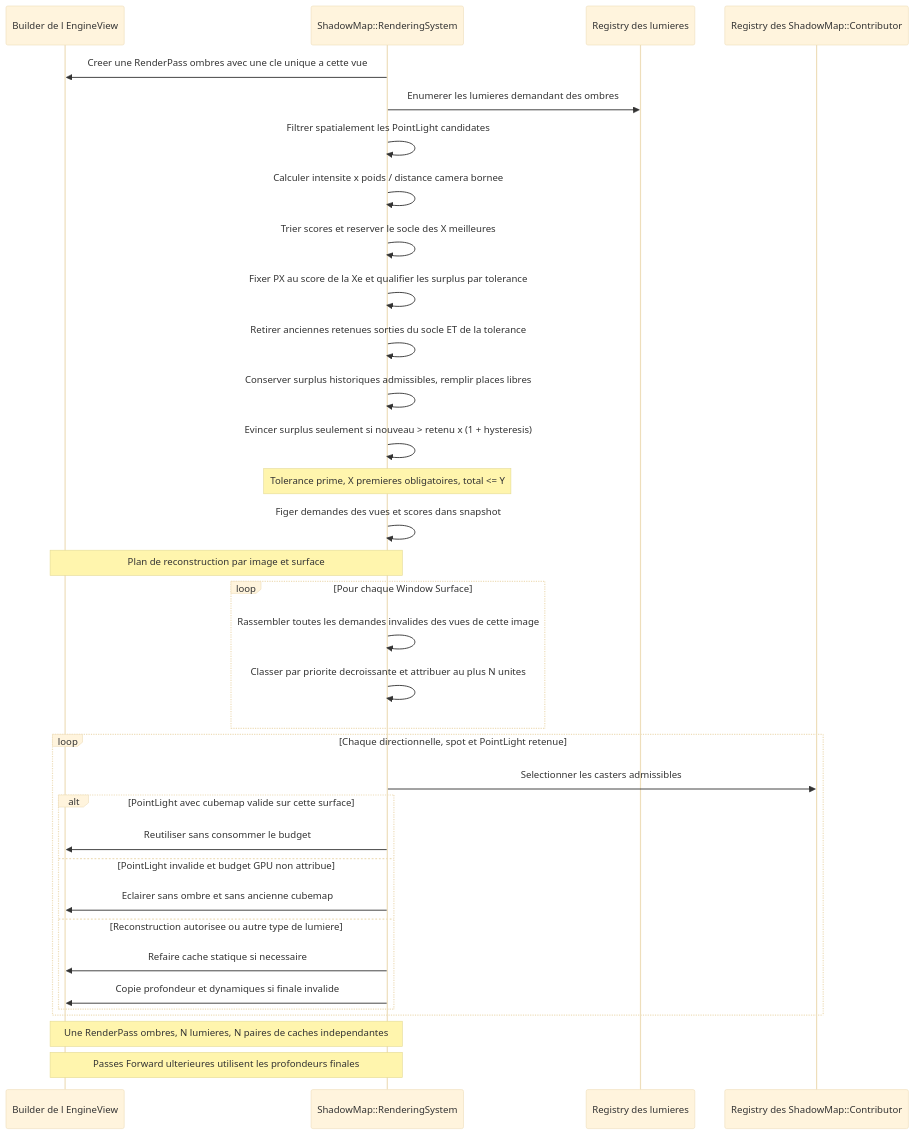
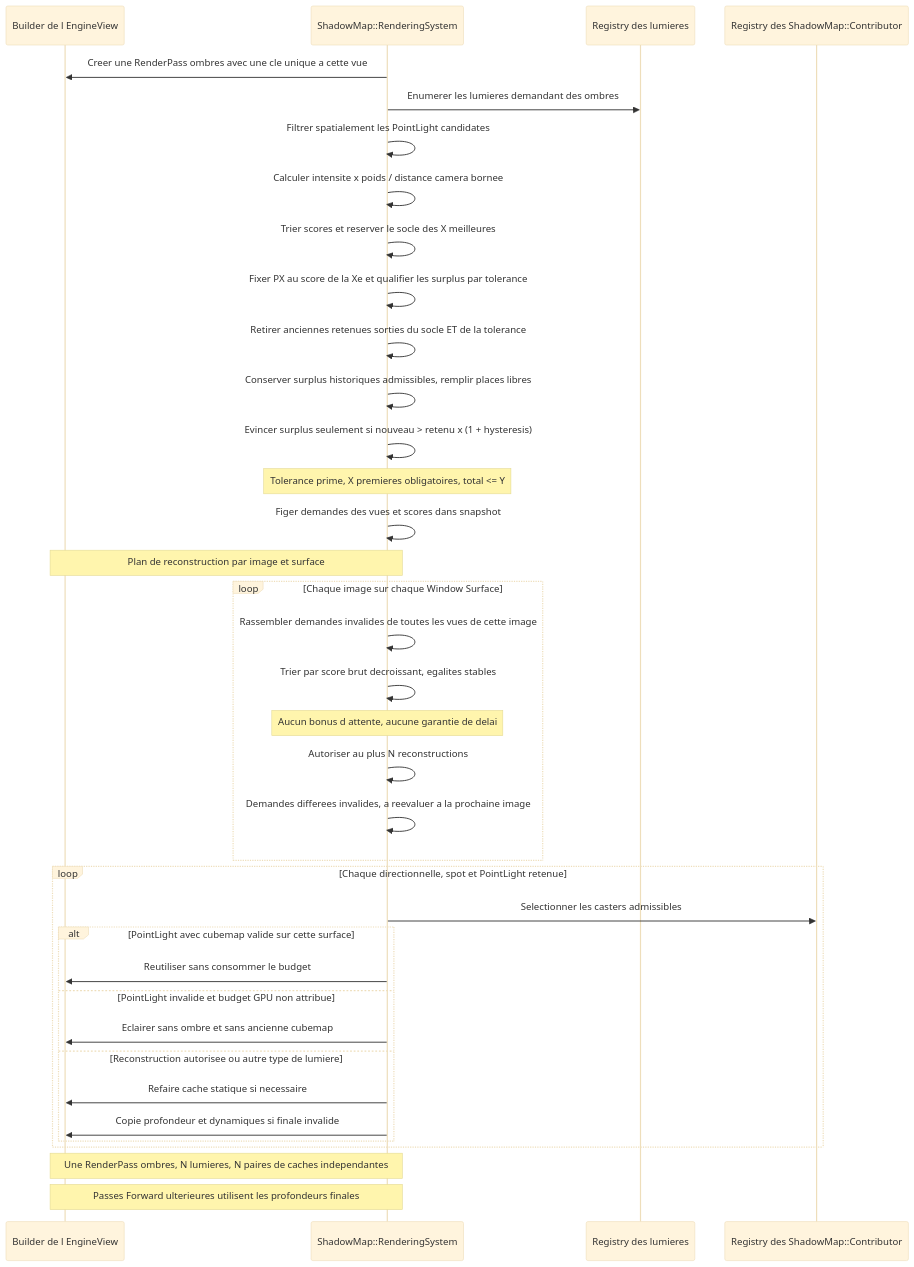
Before and after one commit to EreliaStudio/Sparkle: the sixth of 18 diagrams in docs/voxel-engine-v0.1.4-specification.md, drawn with Mermaid (base theme). The commit also changed other lines of this file, not shown here.

Commit message:
docs(v0.1.4): enforce strict unaged shadow-rebuild priority across views per surface and image

````diff
--- a/docs/voxel-engine-v0.1.4-specification.md
+++ b/docs/voxel-engine-v0.1.4-specification.md
@@ -601,36 +601,39 @@
 ```mermaid
 sequenceDiagram
     participant V as Builder de l EngineView
     participant S as ShadowMap::RenderingSystem
     participant L as Registry des lumieres
     participant C as Registry des ShadowMap::Contributor
     S->>V: Creer une RenderPass ombres avec une cle unique a cette vue
     S->>L: Enumerer les lumieres demandant des ombres
     S->>S: Filtrer spatialement les PointLight candidates
     S->>S: Calculer intensite x poids / distance camera bornee
     S->>S: Trier scores et reserver le socle des X meilleures
     S->>S: Fixer PX au score de la Xe et qualifier les surplus par tolerance
     S->>S: Retirer anciennes retenues sorties du socle ET de la tolerance
     S->>S: Conserver surplus historiques admissibles, remplir places libres
     S->>S: Evincer surplus seulement si nouveau > retenu x (1 + hysteresis)
     Note over S: Tolerance prime, X premieres obligatoires, total <= Y
     S->>S: Figer demandes des vues et scores dans snapshot
     Note over S,V: Plan de reconstruction par image et surface
-    loop Pour chaque Window Surface
-        S->>S: Rassembler toutes les demandes invalides des vues de cette image
-        S->>S: Classer par priorite decroissante et attribuer au plus N unites
+    loop Chaque image sur chaque Window Surface
+        S->>S: Rassembler demandes invalides de toutes les vues de cette image
+        S->>S: Trier par score brut decroissant, egalites stables
+        Note over S: Aucun bonus d attente, aucune garantie de delai
+        S->>S: Autoriser au plus N reconstructions
+        S->>S: Demandes differees invalides, a reevaluer a la prochaine image
     end
     loop Chaque directionnelle, spot et PointLight retenue
         S->>C: Selectionner les casters admissibles
         alt PointLight avec cubemap valide sur cette surface
             S->>V: Reutiliser sans consommer le budget
         else PointLight invalide et budget GPU non attribue
             S->>V: Eclairer sans ombre et sans ancienne cubemap
         else Reconstruction autorisee ou autre type de lumiere
             S->>V: Refaire cache statique si necessaire
             S->>V: Copie profondeur et dynamiques si finale invalide
         end
     end
     Note over V,S: Une RenderPass ombres, N lumieres, N paires de caches independantes
     Note over V,S: Passes Forward ulterieures utilisent les profondeurs finales
 ```
````
